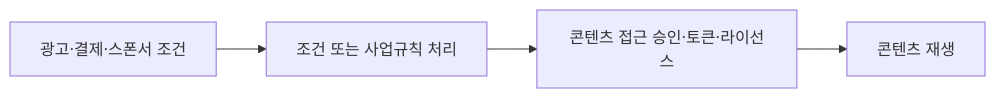
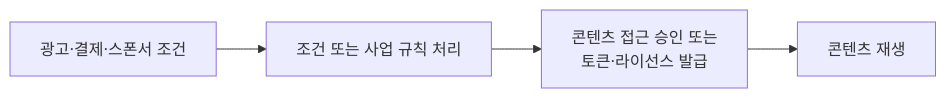
One commit to growdai1y/instant-play changed the tenth of 14 diagrams in instant_play_직무발명서_개선본.md. Above: the diagram before and after it, drawn with Mermaid. The commit also changed other lines of this file and 10 other files, not shown here.

````diff
--- a/instant_play_직무발명서_개선본.md
+++ b/instant_play_직무발명서_개선본.md
@@ -1418,6 +1425,6 @@
 ```mermaid
 flowchart LR
-    A["광고·결제·스폰서 조건"] --> B["조건 또는 사업규칙 처리"]
-    B --> C["콘텐츠 접근 승인·토큰·라이선스"]
+    A["광고·결제·스폰서 조건"] --> B["조건 또는 사업 규칙 처리"]
+    B --> C["콘텐츠 접근 승인 또는<br/>토큰·라이선스 발급"]
     C --> D["콘텐츠 재생"]
 ```
````
